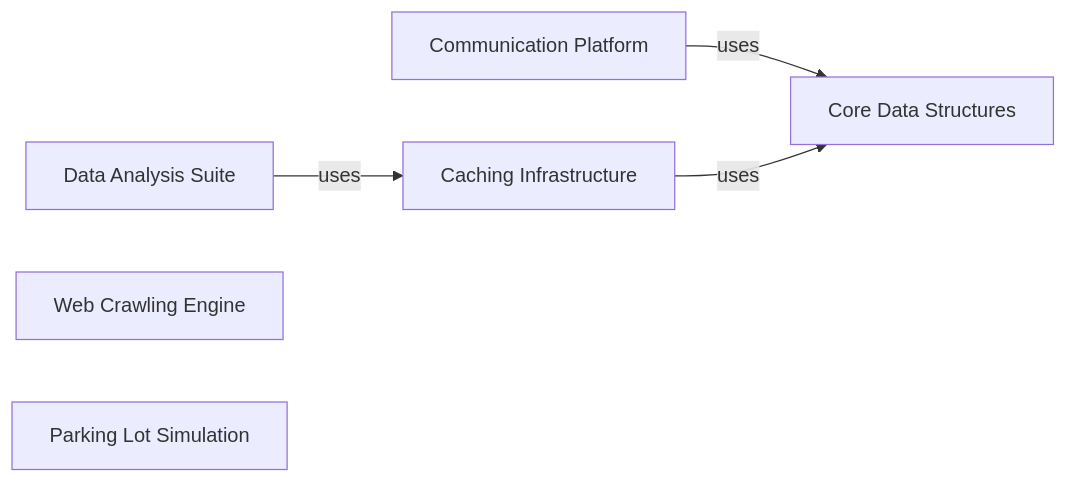
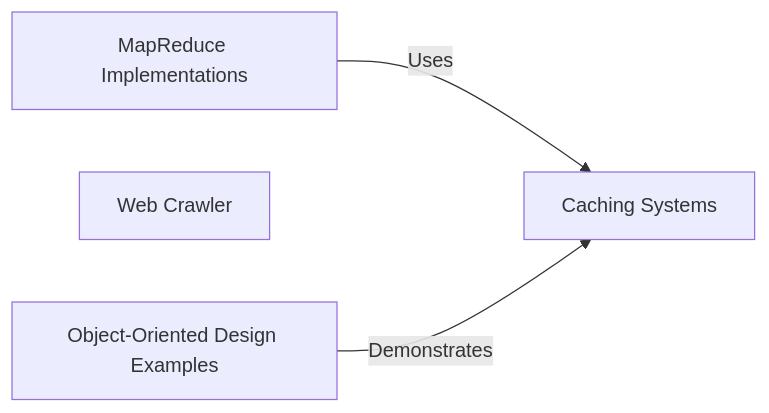
One commit to CodeBoarding/GeneratedOnBoardings changed the diagram in system-design-primer/on_boarding.md. Above: the diagram before and after it, drawn with Mermaid. The commit also changed other lines of this file and 10 other files, not shown here.

Commit message:
Uploading onboarding materials for system-design-primer

````diff
--- a/system-design-primer/on_boarding.md
+++ b/system-design-primer/on_boarding.md
@@ -1,18 +1,13 @@
 ```mermaid
 graph LR
-    Data_Analysis_Suite["Data Analysis Suite"]
-    Caching_Infrastructure["Caching Infrastructure"]
-    Web_Crawling_Engine["Web Crawling Engine"]
-    Communication_Platform["Communication Platform"]
-    Core_Data_Structures["Core Data Structures"]
-    Parking_Lot_Simulation["Parking Lot Simulation"]
-    Data_Analysis_Suite -- "uses" --> Caching_Infrastructure
-    Communication_Platform -- "uses" --> Core_Data_Structures
-    Caching_Infrastructure -- "uses" --> Core_Data_Structures
-    click Data_Analysis_Suite href "https://github.com/CodeBoarding/GeneratedOnBoardings/blob/main/system-design-primer/Data Analysis Suite.md" "Details"
-    click Caching_Infrastructure href "https://github.com/CodeBoarding/GeneratedOnBoardings/blob/main/system-design-primer/Caching Infrastructure.md" "Details"
-    click Web_Crawling_Engine href "https://github.com/CodeBoarding/GeneratedOnBoardings/blob/main/system-design-primer/Web Crawling Engine.md" "Details"
-    click Communication_Platform href "https://github.com/CodeBoarding/GeneratedOnBoardings/blob/main/system-design-primer/Communication Platform.md" "Details"
-    click Core_Data_Structures href "https://github.com/CodeBoarding/GeneratedOnBoardings/blob/main/system-design-primer/Core Data Structures.md" "Details"
-    click Parking_Lot_Simulation href "https://github.com/CodeBoarding/GeneratedOnBoardings/blob/main/system-design-primer/Parking Lot Simulation.md" "Details"
+    Caching_Systems["Caching Systems"]
+    MapReduce_Implementations["MapReduce Implementations"]
+    Web_Crawler["Web Crawler"]
+    Object_Oriented_Design_Examples["Object-Oriented Design Examples"]
+    MapReduce_Implementations -- "Uses" --> Caching_Systems
+    Object_Oriented_Design_Examples -- "Demonstrates" --> Caching_Systems
+    click Caching_Systems href "https://github.com/CodeBoarding/GeneratedOnBoardings/blob/main/system-design-primer/Caching Systems.md" "Details"
+    click MapReduce_Implementations href "https://github.com/CodeBoarding/GeneratedOnBoardings/blob/main/system-design-primer/MapReduce Implementations.md" "Details"
+    click Web_Crawler href "https://github.com/CodeBoarding/GeneratedOnBoardings/blob/main/system-design-primer/Web Crawler.md" "Details"
+    click Object_Oriented_Design_Examples href "https://github.com/CodeBoarding/GeneratedOnBoardings/blob/main/system-design-primer/Object-Oriented Design Examples.md" "Details"
 ```
````
